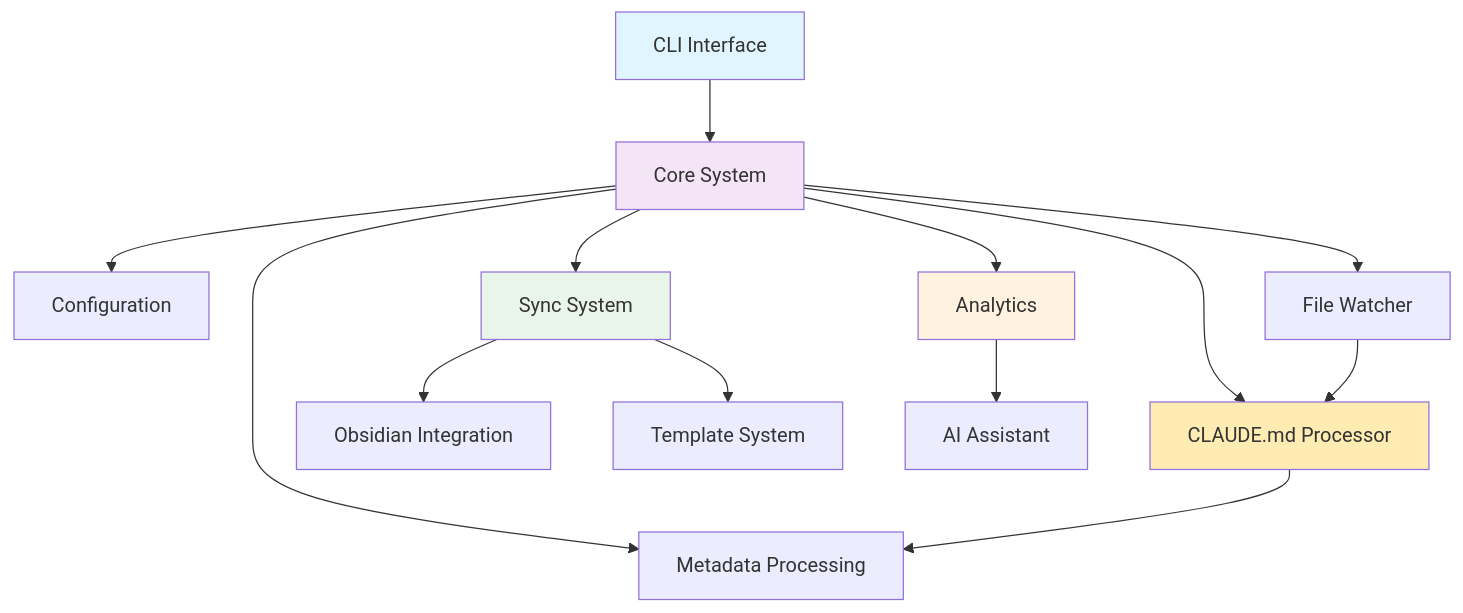
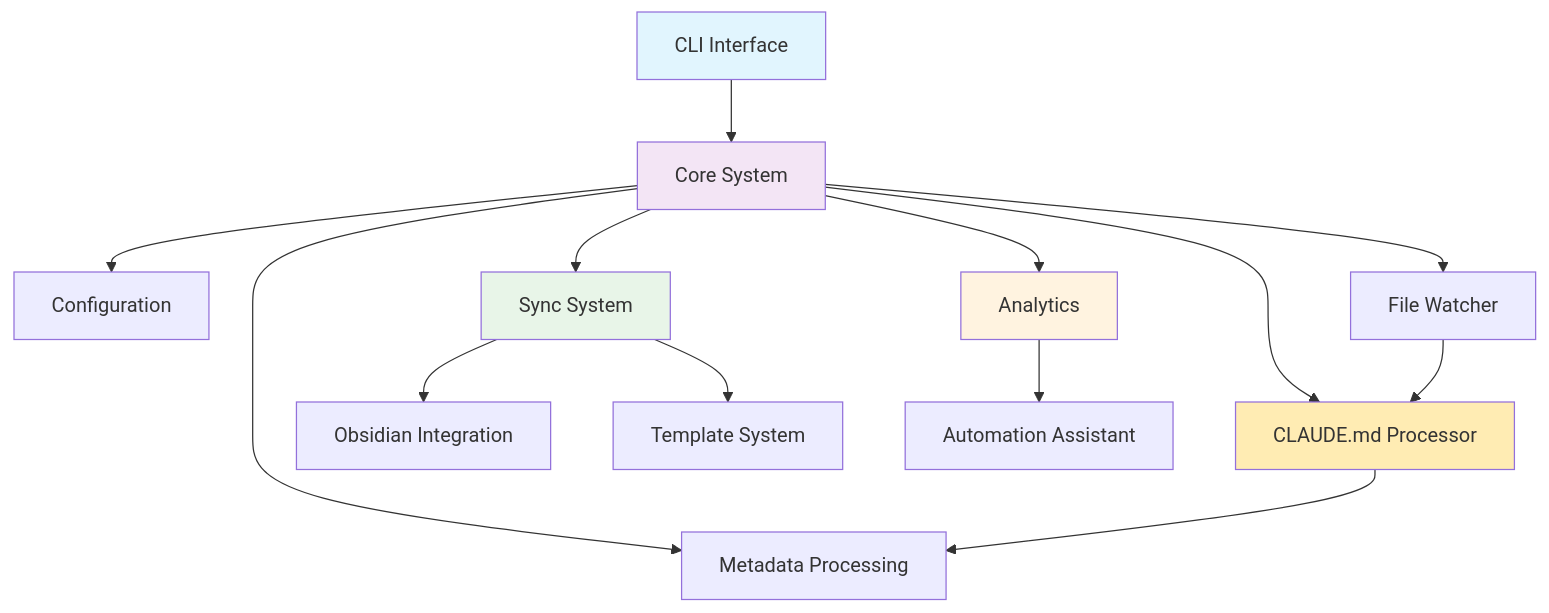
The first of 2 diagrams in docs/developer-guide/index.md (drillan/claude-knowledge-catalyst), drawn with Mermaid before and after one commit. The commit also changed 19 other files, not shown here.

````diff
--- a/docs/developer-guide/index.md
+++ b/docs/developer-guide/index.md
@@ -30,24 +30,24 @@
 ```{mermaid}
 graph TB
     CLI[CLI Interface] --> Core[Core System]
     Core --> Config[Configuration]
     Core --> Metadata[Metadata Processing]
     Core --> Watcher[File Watcher]
     Core --> ClaudeMD[CLAUDE.md Processor]
     
     Core --> Sync[Sync System]
     Sync --> Obsidian[Obsidian Integration]
     Sync --> Templates[Template System]
     
     Core --> Analytics[Analytics]
-    Analytics --> AI[AI Assistant]
+    Analytics --> AUTO[Automation Assistant]
     
     Watcher --> ClaudeMD
     ClaudeMD --> Metadata
     
     style CLI fill:#e1f5fe
     style Core fill:#f3e5f5
     style Sync fill:#e8f5e8
     style Analytics fill:#fff3e0
     style ClaudeMD fill:#ffecb3
 ```
````
